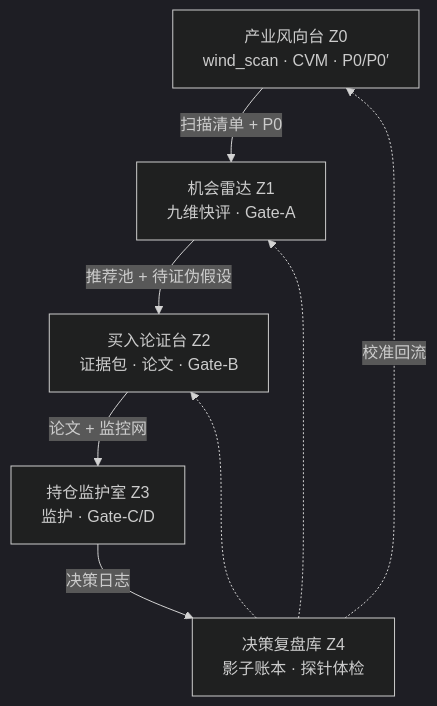
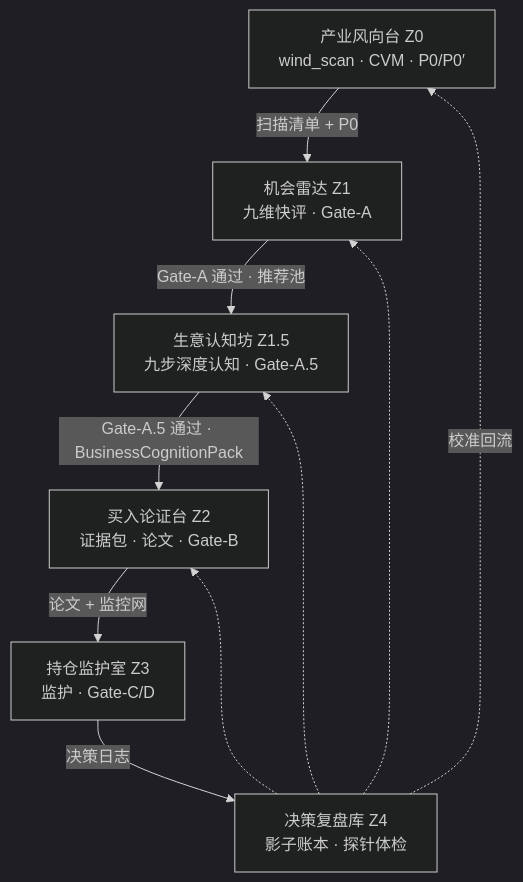
Before and after one commit to myxxhui/diting-doc: the first of 4 diagrams in 03_原子目标与规约/_共享规约/32_五区漏斗工作流与数据工程标准化规约.md, drawn with Mermaid (dark theme). The commit also changed other lines of this file, not shown here.

````diff
--- a/03_原子目标与规约/_共享规约/32_五区漏斗工作流与数据工程标准化规约.md
+++ b/03_原子目标与规约/_共享规约/32_五区漏斗工作流与数据工程标准化规约.md
@@ -167,15 +209,18 @@
 ```mermaid
 flowchart TB
   Z0["产业风向台 Z0<br/>wind_scan · CVM · P0/P0′"]
   Z1["机会雷达 Z1<br/>九维快评 · Gate-A"]
+  Z1_5["生意认知坊 Z1.5<br/>九步深度认知 · Gate-A.5"]
   Z2["买入论证台 Z2<br/>证据包 · 论文 · Gate-B"]
   Z3["持仓监护室 Z3<br/>监护 · Gate-C/D"]
   Z4["决策复盘库 Z4<br/>影子账本 · 探针体检"]
   Z0 -->|"扫描清单 + P0"| Z1
-  Z1 -->|"推荐池 + 待证伪假设"| Z2
+  Z1 -->|"Gate-A 通过 · 推荐池"| Z1_5
+  Z1_5 -->|"Gate-A.5 通过 · BusinessCognitionPack"| Z2
   Z2 -->|"论文 + 监控网"| Z3
   Z3 -->|"决策日志"| Z4
   Z4 -.->|"校准回流"| Z0
   Z4 -.-> Z1
+  Z4 -.-> Z1_5
   Z4 -.-> Z2
 ```
````
